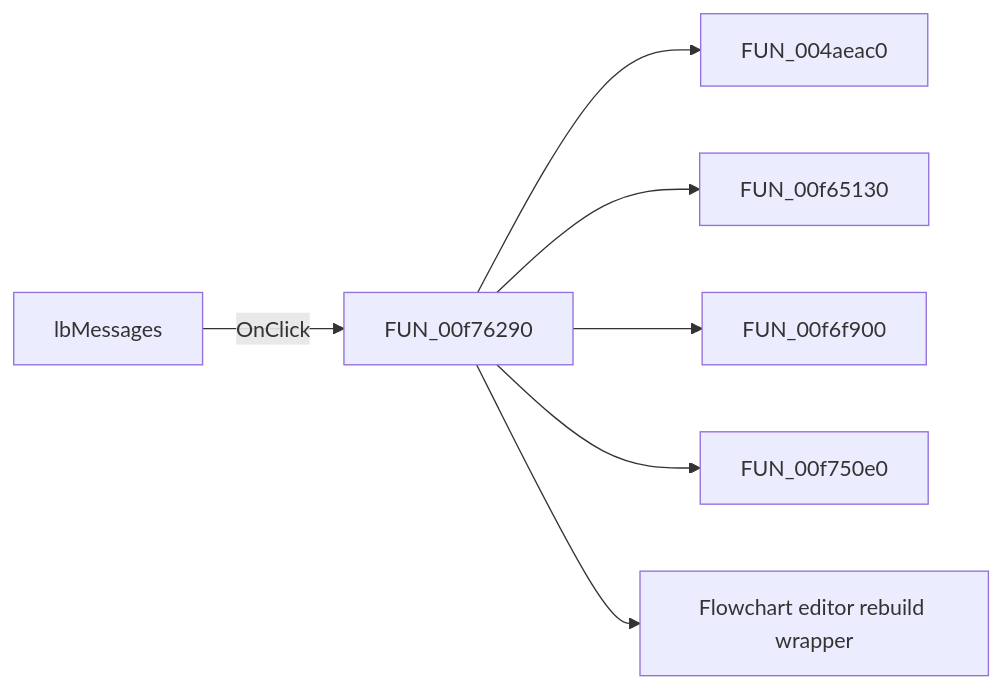
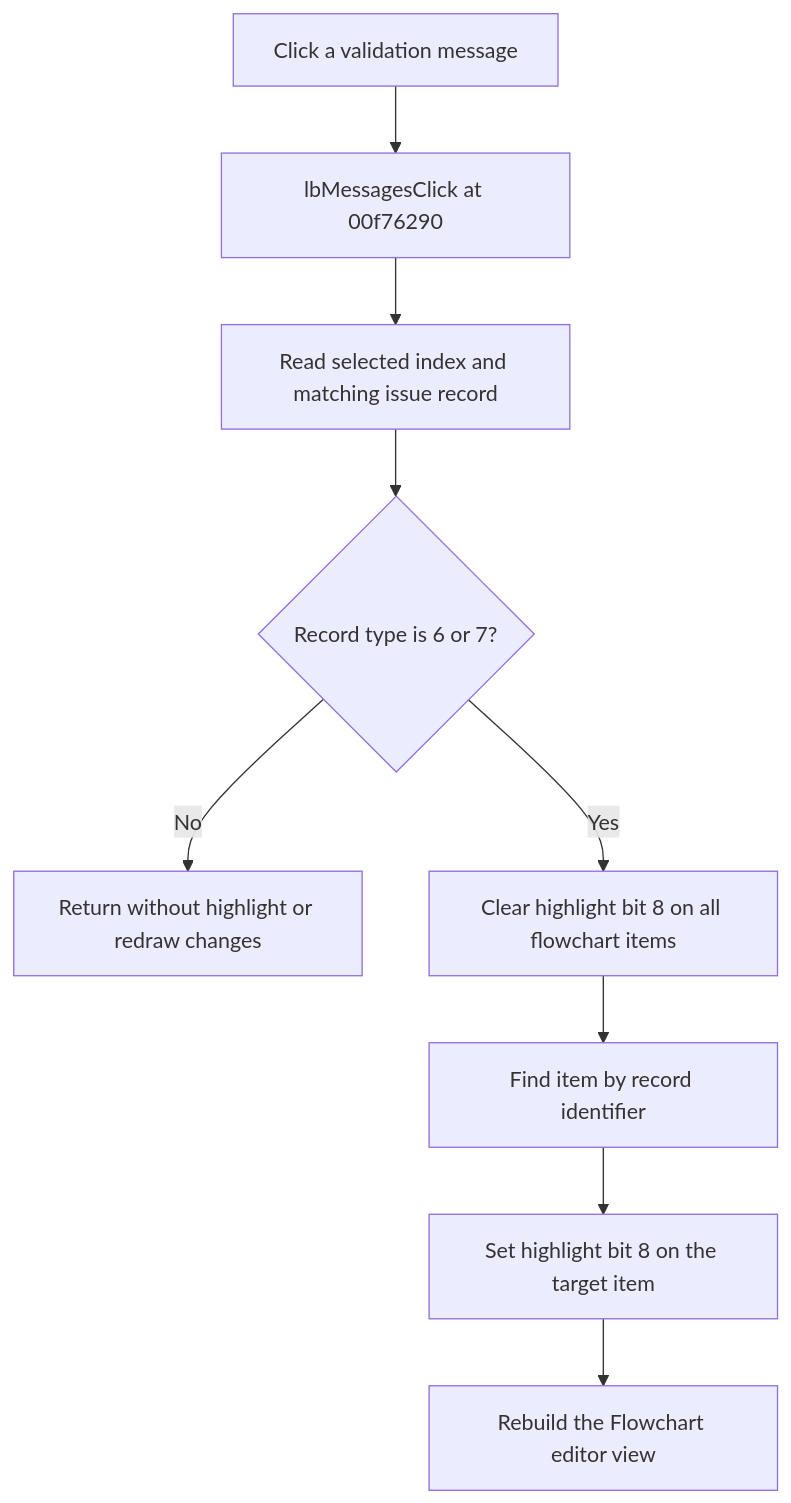
The diagram in docs/ui-controls/formflowchartcheck/lbmessages-ef14cec47f.md (MovGP0/TIARA), drawn with Mermaid before and after one commit. The commit also changed other lines of this file and 387 other files, not shown here.

````diff
--- a/docs/ui-controls/formflowchartcheck/lbmessages-ef14cec47f.md
+++ b/docs/ui-controls/formflowchartcheck/lbmessages-ef14cec47f.md
@@ -27,9 +31,11 @@
 ```mermaid
-flowchart LR
-    control["lbMessages"] -->|OnClick| handler["FUN_00f76290"]
-    handler --> call1["FUN_004aeac0"]
-    handler --> call2["FUN_00f65130"]
-    handler --> call3["FUN_00f6f900"]
-    handler --> call4["FUN_00f750e0"]
-    handler --> call5["Flowchart editor rebuild wrapper"]
+flowchart TD
+    control["Click a validation message"] --> handler["lbMessagesClick at 00f76290"]
+    handler --> selected["Read selected index and matching issue record"]
+    selected --> issueType{"Record type is 6 or 7?"}
+    issueType -->|No| noOp["Return without highlight or redraw changes"]
+    issueType -->|Yes| clearHighlights["Clear highlight bit 8 on all flowchart items"]
+    clearHighlights --> findTarget["Find item by record identifier"]
+    findTarget --> markTarget["Set highlight bit 8 on the target item"]
+    markTarget --> redraw["Rebuild the Flowchart editor view"]
 ```
````
